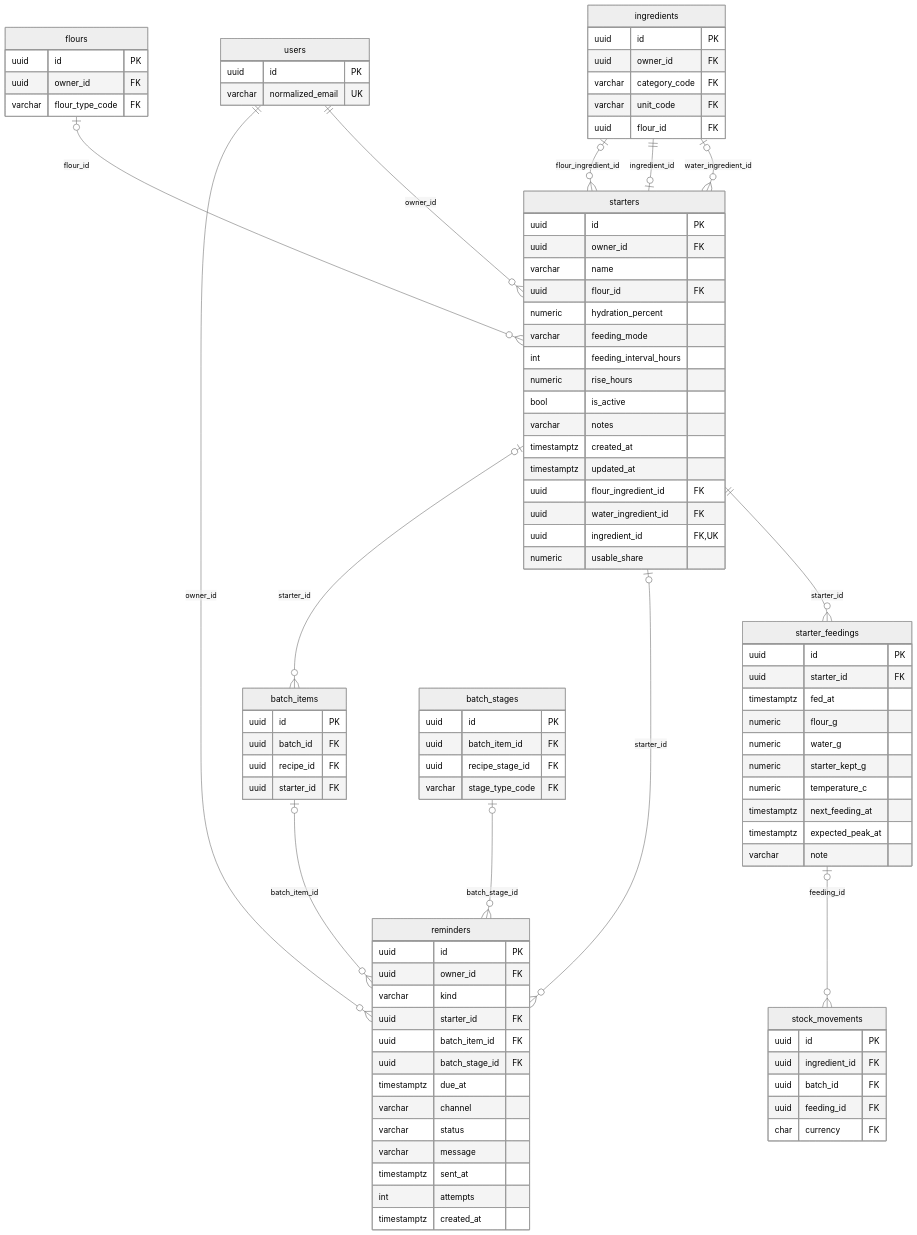
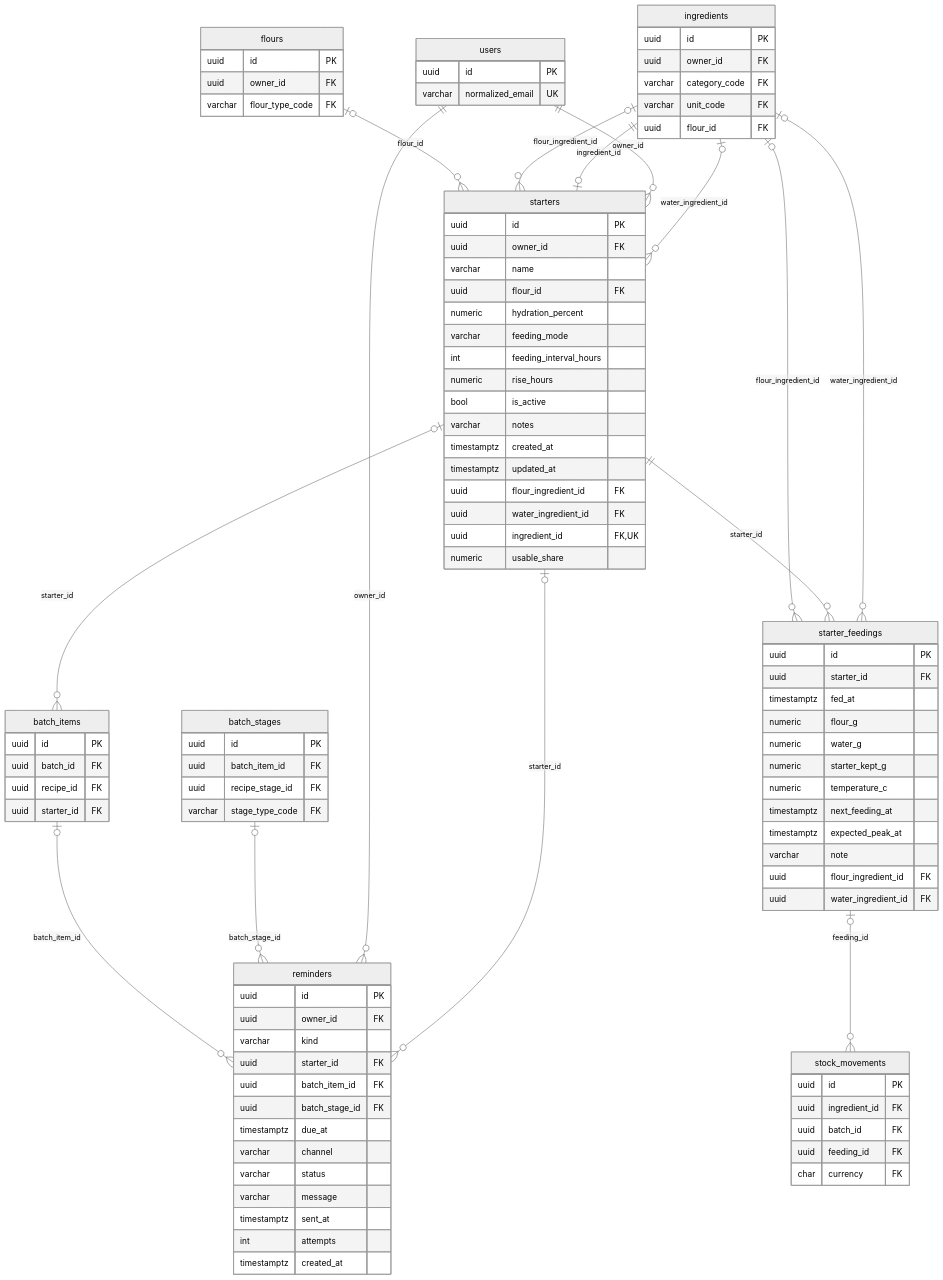
One commit to fedokgeniy/OneLoaf-BackEnd changed the fifth of 8 diagrams in docs/db/logical-schema.md. Above: the diagram before and after it, drawn with Mermaid (neutral theme). The commit also changed other lines of this file and 125 other files, not shown here.

Commit message:
Regenerate the API reference, the DDL script and the database documentation for feeding ingredients and the starter price

```diff
--- a/docs/db/logical-schema.md
+++ b/docs/db/logical-schema.md
@@ -430,6 +434,8 @@
         timestamptz next_feeding_at
         timestamptz expected_peak_at
         varchar note
+        uuid flour_ingredient_id FK
+        uuid water_ingredient_id FK
     }
     starters {
         uuid id PK
@@ -489,7 +495,9 @@
     batch_stages |o--o{ reminders : "batch_stage_id"
     users ||--o{ reminders : "owner_id"
     starters |o--o{ reminders : "starter_id"
+    ingredients |o--o{ starter_feedings : "flour_ingredient_id"
     starters ||--o{ starter_feedings : "starter_id"
+    ingredients |o--o{ starter_feedings : "water_ingredient_id"
     flours |o--o{ starters : "flour_id"
     ingredients |o--o{ starters : "flour_ingredient_id"
     ingredients ||--o| starters : "ingredient_id"
```
